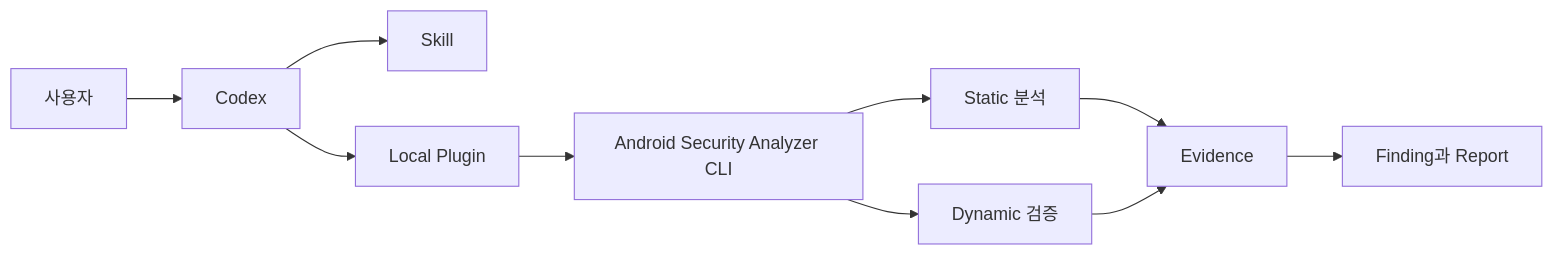
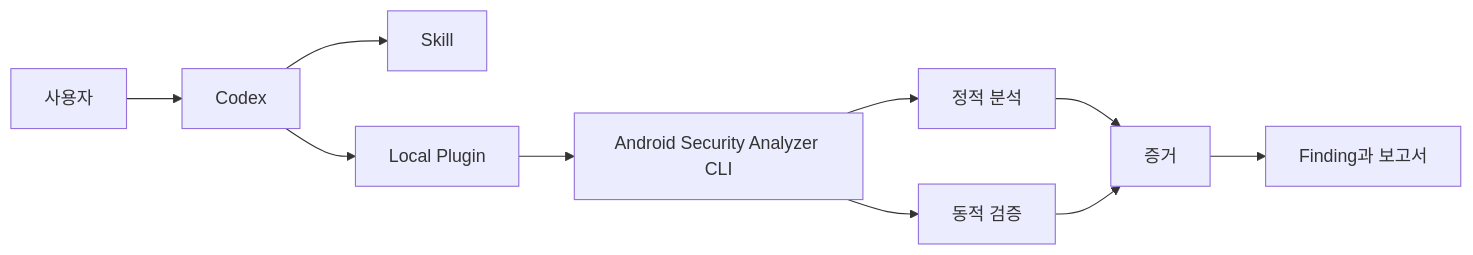
The second of 19 diagrams in content/decks/codex-deeplink-audit-guide/source.md (koalav/present-anyything), drawn with Mermaid before and after one commit. The commit also changed other lines of this file and 26 other files, not shown here.

````diff
--- a/content/decks/codex-deeplink-audit-guide/source.md
+++ b/content/decks/codex-deeplink-audit-guide/source.md
@@ -34,12 +34,12 @@
 ```mermaid
 flowchart LR
     A[사용자] --> B[Codex]
     B --> C[Skill]
     B --> D[Local Plugin]
     D --> E[Android Security Analyzer CLI]
-    E --> F[Static 분석]
-    E --> G[Dynamic 검증]
-    F --> H[Evidence]
+    E --> F[정적 분석]
+    E --> G[동적 검증]
+    F --> H[증거]
     G --> H
-    H --> I[Finding과 Report]
+    H --> I[Finding과 보고서]
 ```
````
